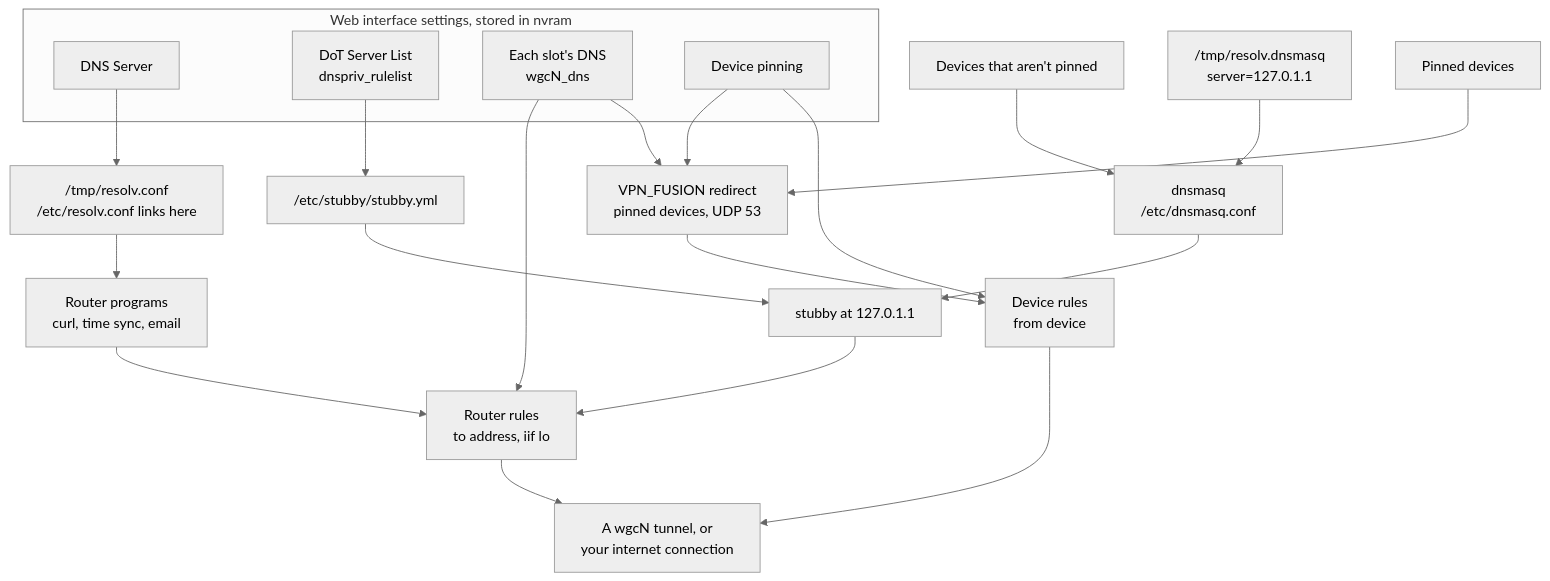
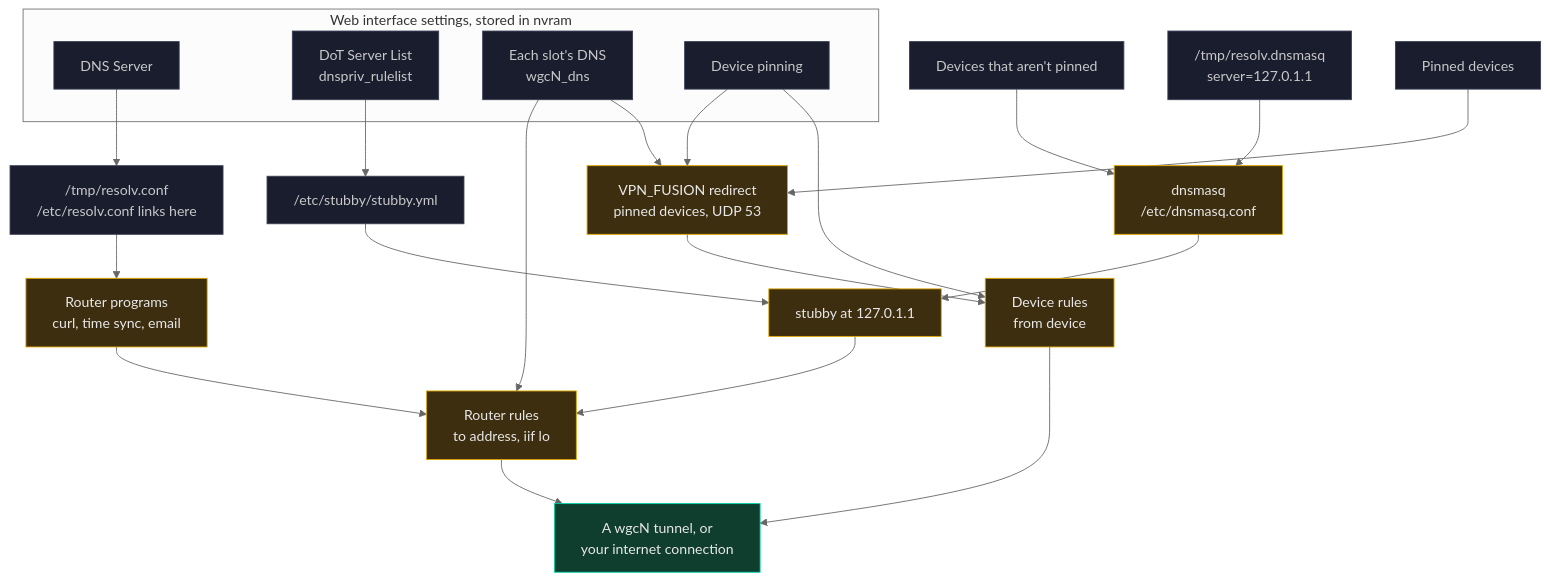
The fifth of 5 diagrams in ROUTER-DNS.md (ExponentiallyDigital/cfg-pia-wg), drawn with Mermaid (neutral theme) before and after one commit. The commit also changed other lines of this file and 40 other files, not shown here.

````diff
--- a/ROUTER-DNS.md
+++ b/ROUTER-DNS.md
@@ -194,26 +237,34 @@
 ```mermaid
 flowchart TB
   subgraph settings ["Web interface settings, stored in nvram"]
     N1["DNS Server"]
     N2["DoT Server List<br/>dnspriv_rulelist"]
     N3["Each slot's DNS<br/>wgcN_dns"]
     N4["Device pinning"]
   end
   N1 --> F1["/tmp/resolv.conf<br/>/etc/resolv.conf links here"]
   F1 --> RP["Router programs<br/>curl, time sync, email"]
   D["Devices that aren't pinned"] --> DM["dnsmasq<br/>/etc/dnsmasq.conf"]
   F2["/tmp/resolv.dnsmasq<br/>server=127.0.1.1"] --> DM
   DM --> SB["stubby at 127.0.1.1"]
   N2 --> F3["/etc/stubby/stubby.yml"]
   F3 --> SB
   N3 --> RU["Router rules<br/>to address, iif lo"]
   RP --> RU
   SB --> RU
   RU --> OUT["A wgcN tunnel, or<br/>your internet connection"]
   N3 --> VF["VPN_FUSION redirect<br/>pinned devices, UDP 53"]
   N4 --> VF
   N4 --> DR["Device rules<br/>from device"]
   PD["Pinned devices"] --> VF
   VF --> DR
   DR --> OUT
+
+  classDef go fill:#0F3D2E,stroke:#00D4AA,color:#E8E8E8
+  classDef bad fill:#3D1A1A,stroke:#E05252,color:#E8E8E8
+  classDef work fill:#3D2E0F,stroke:#E0A800,color:#E8E8E8
+  classDef step fill:#1A1D2E,stroke:#3A3F55,color:#C8C8C8
+  class N1,N2,N3,N4,F1,F2,F3,D,PD step
+  class RP,DM,SB,RU,VF,DR work
+  class OUT go
 ```
````
